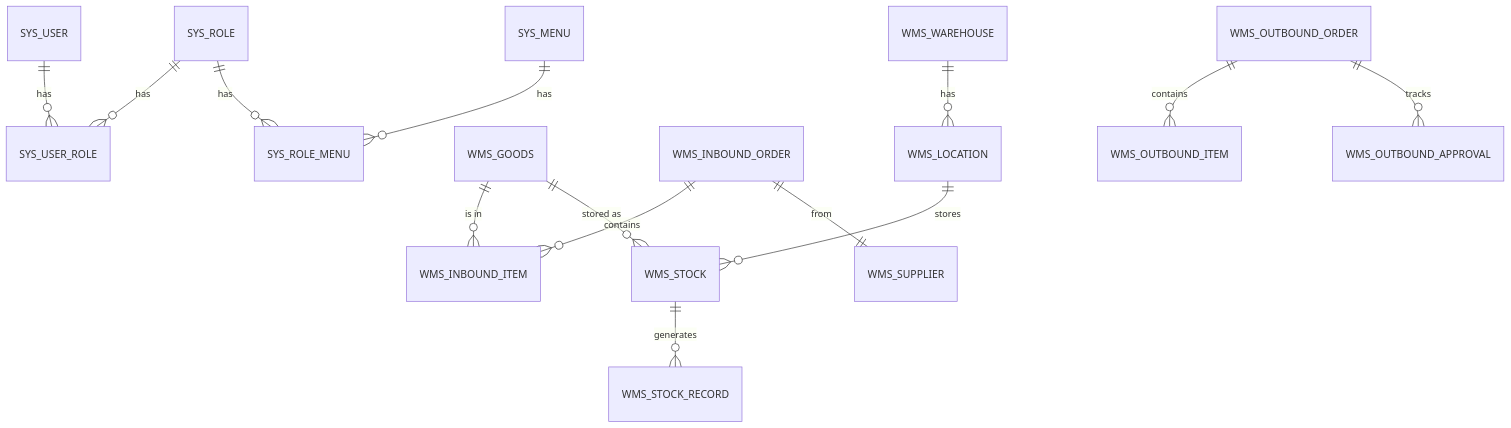
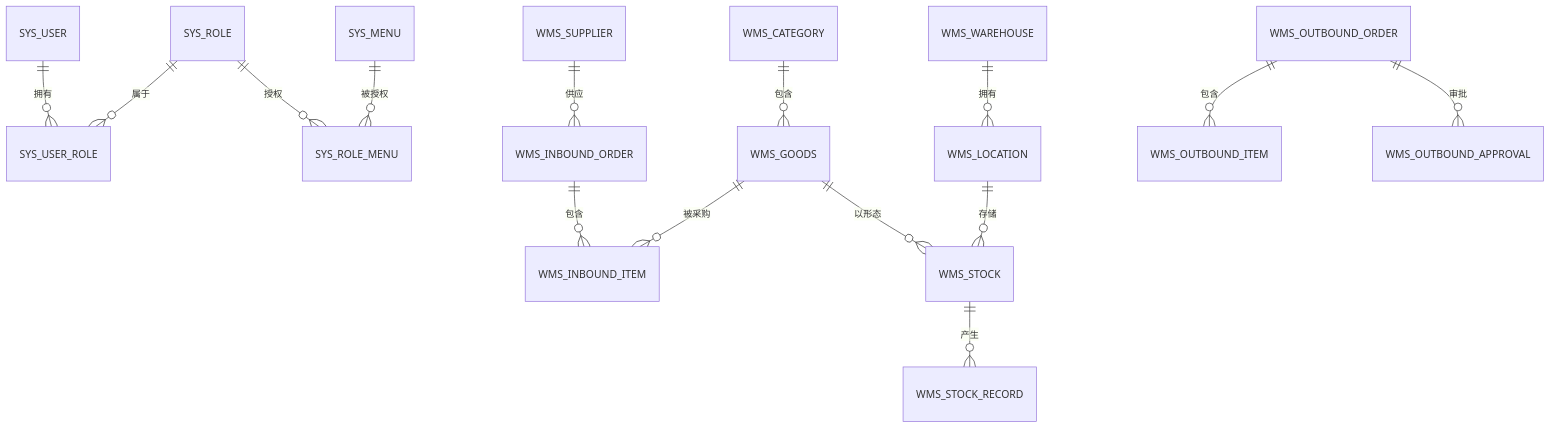
One commit to DreamRivers/wms-thesis changed the diagram in docs/02-毕业论文.md. Above: the diagram before and after it, drawn with Mermaid. The commit also changed other lines of this file and 21 other files, not shown here.

````diff
--- a/docs/02-毕业论文.md
+++ b/docs/02-毕业论文.md
@@ -194,16 +538,17 @@
 ```mermaid
 erDiagram
-    SYS_USER ||--o{ SYS_USER_ROLE : has
-    SYS_ROLE ||--o{ SYS_USER_ROLE : has
-    SYS_ROLE ||--o{ SYS_ROLE_MENU : has
-    SYS_MENU ||--o{ SYS_ROLE_MENU : has
-    WMS_GOODS ||--o{ WMS_INBOUND_ITEM : "is in"
-    WMS_INBOUND_ORDER ||--o{ WMS_INBOUND_ITEM : contains
-    WMS_INBOUND_ORDER ||--|| WMS_SUPPLIER : from
-    WMS_WAREHOUSE ||--o{ WMS_LOCATION : has
-    WMS_LOCATION ||--o{ WMS_STOCK : stores
-    WMS_GOODS ||--o{ WMS_STOCK : "stored as"
-    WMS_STOCK ||--o{ WMS_STOCK_RECORD : generates
-    WMS_OUTBOUND_ORDER ||--o{ WMS_OUTBOUND_ITEM : contains
-    WMS_OUTBOUND_ORDER ||--o{ WMS_OUTBOUND_APPROVAL : tracks
+    SYS_USER ||--o{ SYS_USER_ROLE : "拥有"
+    SYS_ROLE ||--o{ SYS_USER_ROLE : "属于"
+    SYS_ROLE ||--o{ SYS_ROLE_MENU : "授权"
+    SYS_MENU ||--o{ SYS_ROLE_MENU : "被授权"
+    WMS_CATEGORY ||--o{ WMS_GOODS : "包含"
+    WMS_GOODS ||--o{ WMS_INBOUND_ITEM : "被采购"
+    WMS_INBOUND_ORDER ||--o{ WMS_INBOUND_ITEM : "包含"
+    WMS_SUPPLIER ||--o{ WMS_INBOUND_ORDER : "供应"
+    WMS_WAREHOUSE ||--o{ WMS_LOCATION : "拥有"
+    WMS_LOCATION ||--o{ WMS_STOCK : "存储"
+    WMS_GOODS ||--o{ WMS_STOCK : "以形态"
+    WMS_STOCK ||--o{ WMS_STOCK_RECORD : "产生"
+    WMS_OUTBOUND_ORDER ||--o{ WMS_OUTBOUND_ITEM : "包含"
+    WMS_OUTBOUND_ORDER ||--o{ WMS_OUTBOUND_APPROVAL : "审批"
 ```
````
